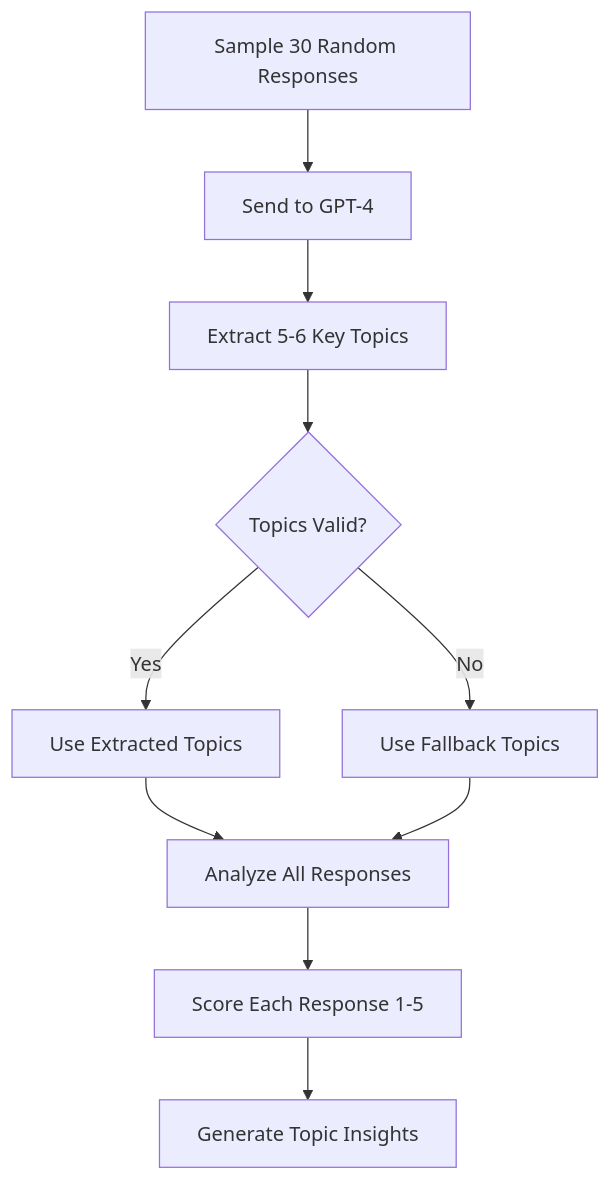
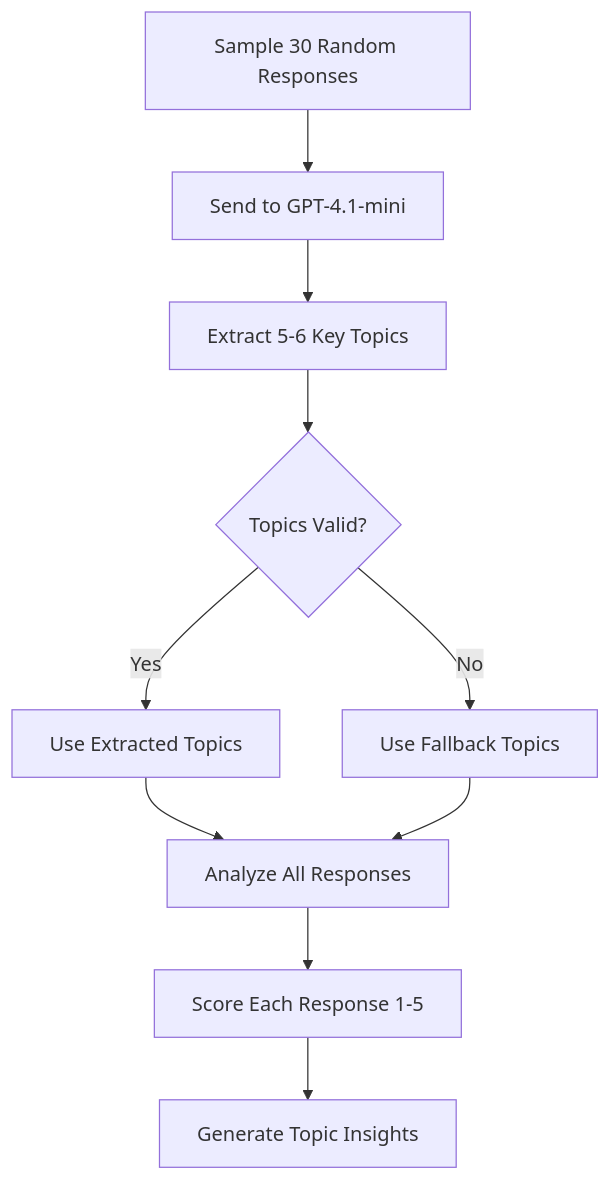
One commit to Kss004/BackendSurveryPipeline changed the eighth of 8 diagrams in README.md. Above: the diagram before and after it, drawn with Mermaid. The commit also changed other lines of this file and 3 other files, not shown here.

````diff
--- a/README.md
+++ b/README.md
@@ -377,12 +377,12 @@
 ```mermaid
 flowchart TD
-    A[Sample 30 Random Responses] --> B[Send to GPT-4]
+    A[Sample 30 Random Responses] --> B[Send to GPT-4.1-mini]
     B --> C[Extract 5-6 Key Topics]
     C --> D{Topics Valid?}
     D -->|Yes| E[Use Extracted Topics]
     D -->|No| F[Use Fallback Topics]
     E --> G[Analyze All Responses]
     F --> G
     G --> H[Score Each Response 1-5]
     H --> I[Generate Topic Insights]
 ```
````
